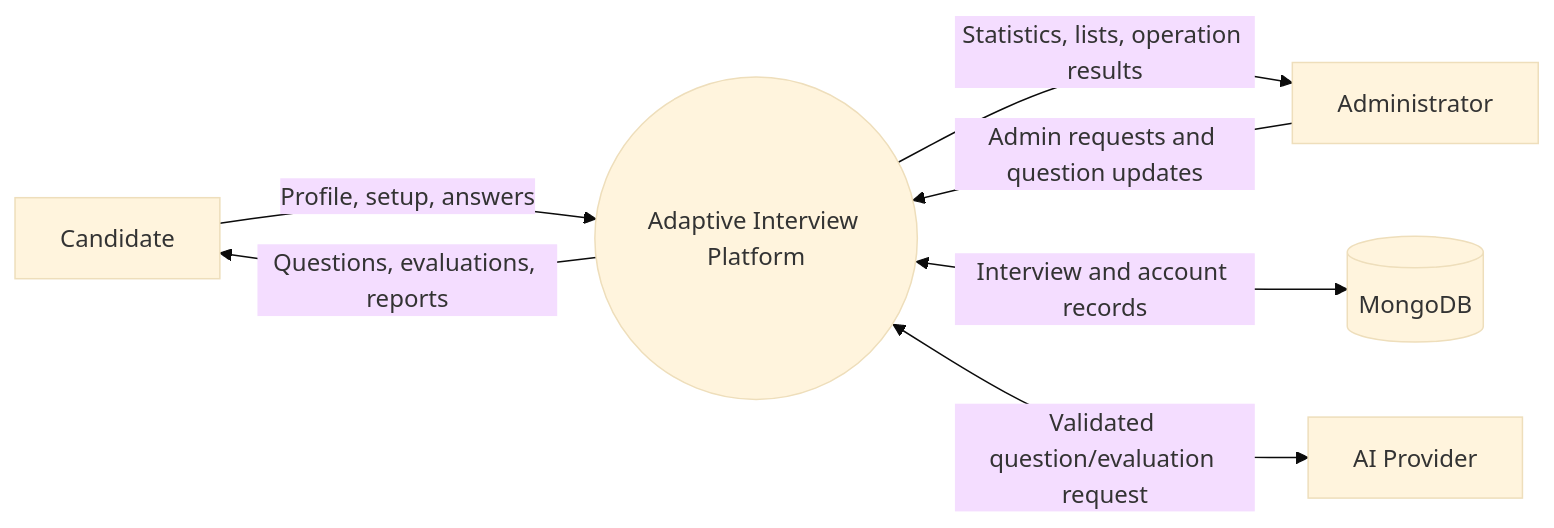
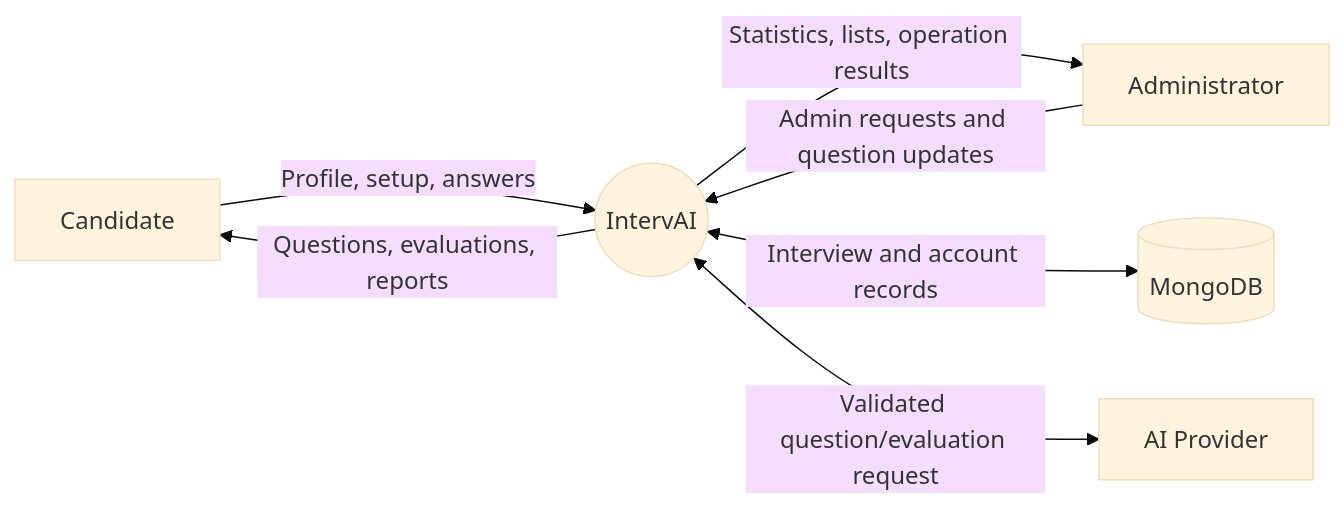
The third of 8 diagrams in docs/diagrams.md (sweShivamRaj/IntervAI), drawn with Mermaid (base theme) before and after one commit. The commit also changed other lines of this file and 16 other files, not shown here.

````diff
--- a/docs/diagrams.md
+++ b/docs/diagrams.md
@@ -59,9 +59,9 @@
 ```mermaid
 flowchart LR
-    C[Candidate] -->|Profile, setup, answers| P((Adaptive Interview Platform))
+    C[Candidate] -->|Profile, setup, answers| P((IntervAI))
     A[Administrator] -->|Admin requests and question updates| P
     P -->|Questions, evaluations, reports| C
     P -->|Statistics, lists, operation results| A
     P <-->|Interview and account records| D[(MongoDB)]
     P <-->|Validated question/evaluation request| AI[AI Provider]
 ```
````
